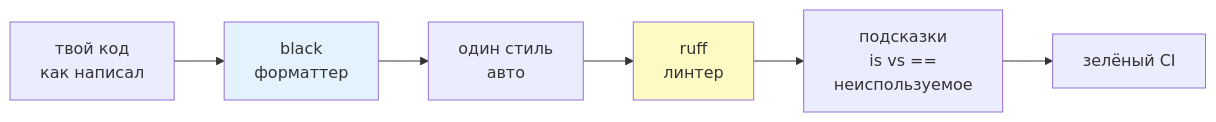
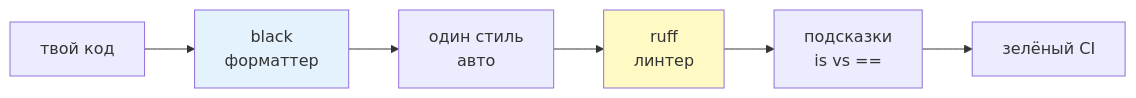
One commit to JayStorm228/College changed the first of 2 diagrams in 02_Курсы/01. Инженерные практики Python/01_Лекции/14. Читаемость кода.md. Above: the diagram before and after it, drawn with Mermaid. The commit also changed other lines of this file and 7 other files, not shown here.

First line of the commit message:
инженерка 09,11-17: перепись разжёвано + диаграммы

````diff
--- a/02_Курсы/01. Инженерные практики Python/01_Лекции/14. Читаемость кода.md
+++ b/02_Курсы/01. Инженерные практики Python/01_Лекции/14. Читаемость кода.md
@@ -44,10 +40,10 @@
 ```mermaid
 flowchart LR
-  A[твой код<br>как написал] --> B[black<br>форматтер]
+  A[твой код] --> B[black<br>форматтер]
   B --> C[один стиль<br>авто]
   C --> D[ruff<br>линтер]
-  D --> E[подсказки<br>is vs ==<br>неиспользуемое]
+  D --> E[подсказки<br>is vs ==]
   E --> F[зелёный CI]
   style B fill:#e3f2fd
   style D fill:#fff9c4
 ```
````
